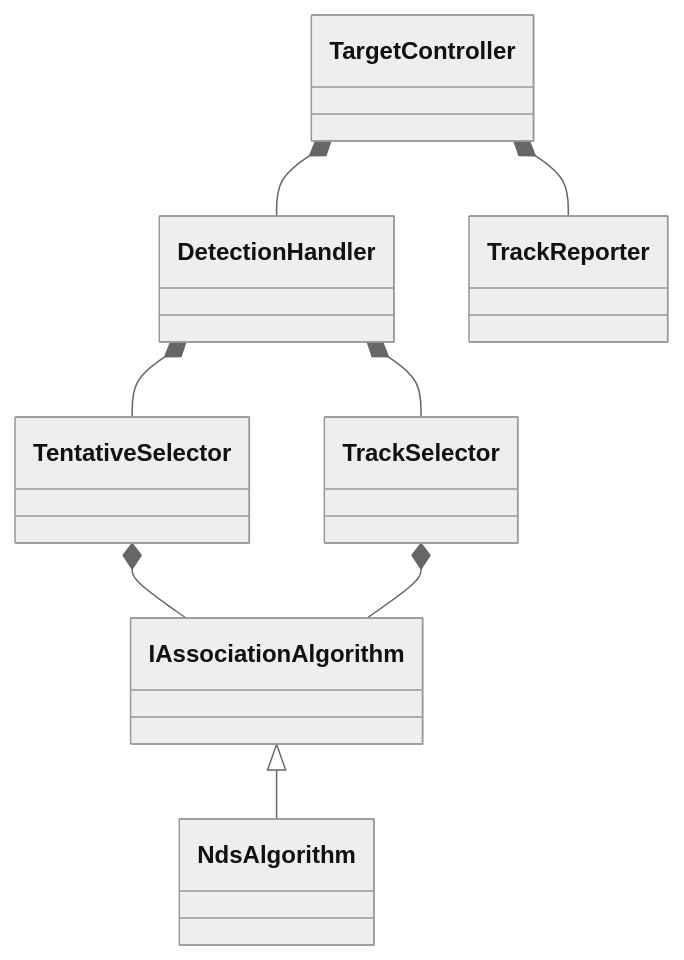
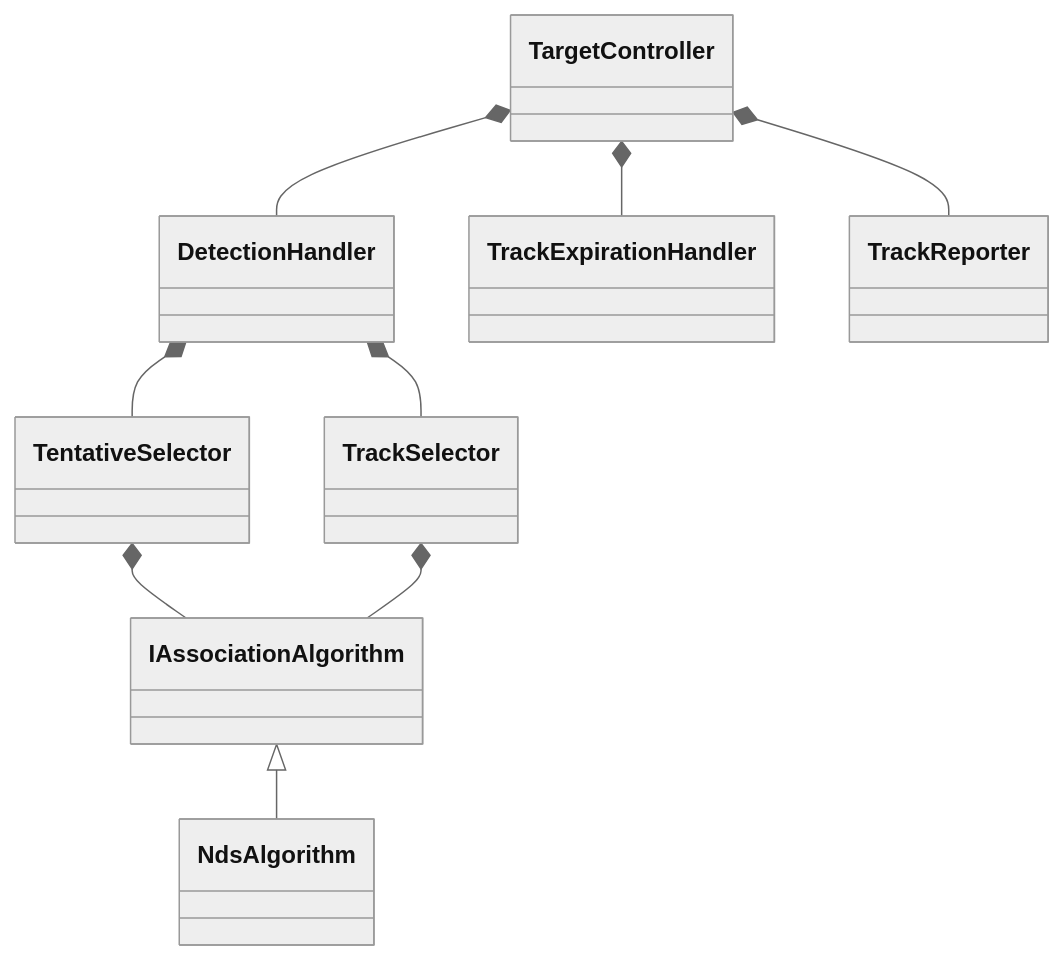
One commit to AESAlien/aesa-processor changed the second of 4 diagrams in src/target/README.md. Above: the diagram before and after it, drawn with Mermaid (neutral theme). The commit also changed other lines of this file and 7 other files, not shown here.

````diff
--- a/src/target/README.md
+++ b/src/target/README.md
@@ -25,12 +27,13 @@
 ```mermaid
 classDiagram
     direction TB
 
     TargetController *-- DetectionHandler
+    TargetController *-- TrackExpirationHandler
     TargetController *-- TrackReporter
     DetectionHandler *-- TentativeSelector
     DetectionHandler *-- TrackSelector
     TentativeSelector *-- IAssociationAlgorithm
     TrackSelector *-- IAssociationAlgorithm
     IAssociationAlgorithm <|-- NdsAlgorithm
 ```
````
